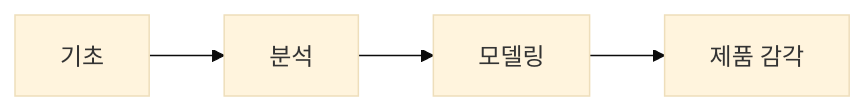
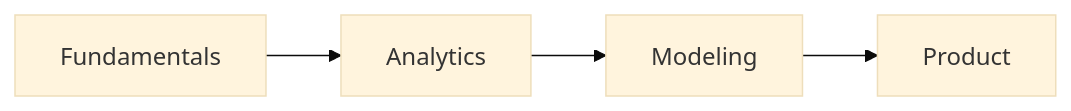
Before and after one commit to yeongseon-books/book-content: the diagram in content/data-science-career-101/ko/03-learning-path.md, drawn with Mermaid (base theme). The commit also changed other lines of this file and 9 other files, not shown here.

````diff
--- a/content/data-science-career-101/ko/03-learning-path.md
+++ b/content/data-science-career-101/ko/03-learning-path.md
@@ -41,6 +51,6 @@
 ```mermaid
 flowchart LR
-    F[기초] --> A[분석]
-    A --> M[모델링]
-    M --> P[제품 감각]
+    F[Fundamentals] --> A[Analytics]
+    A --> M[Modeling]
+    M --> P[Product]
 ```
````
